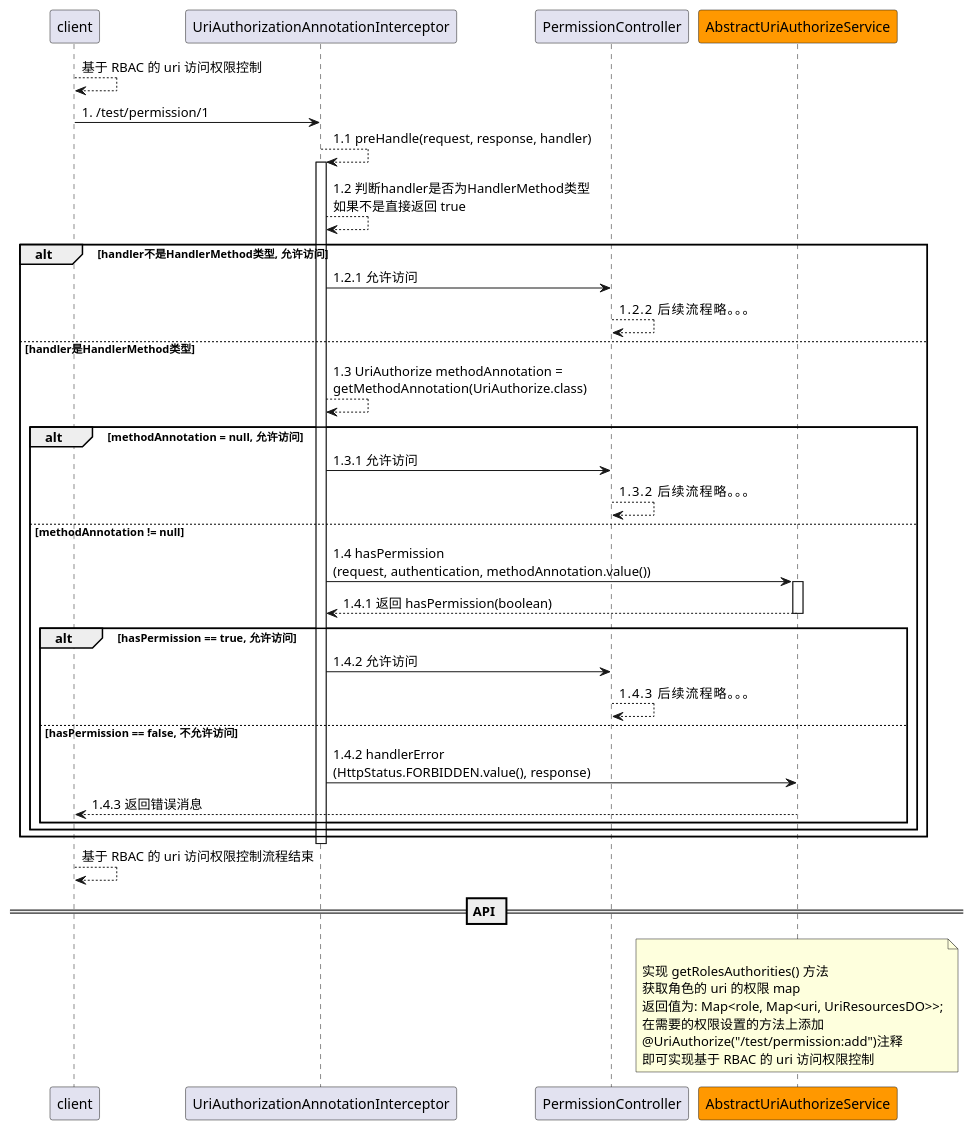
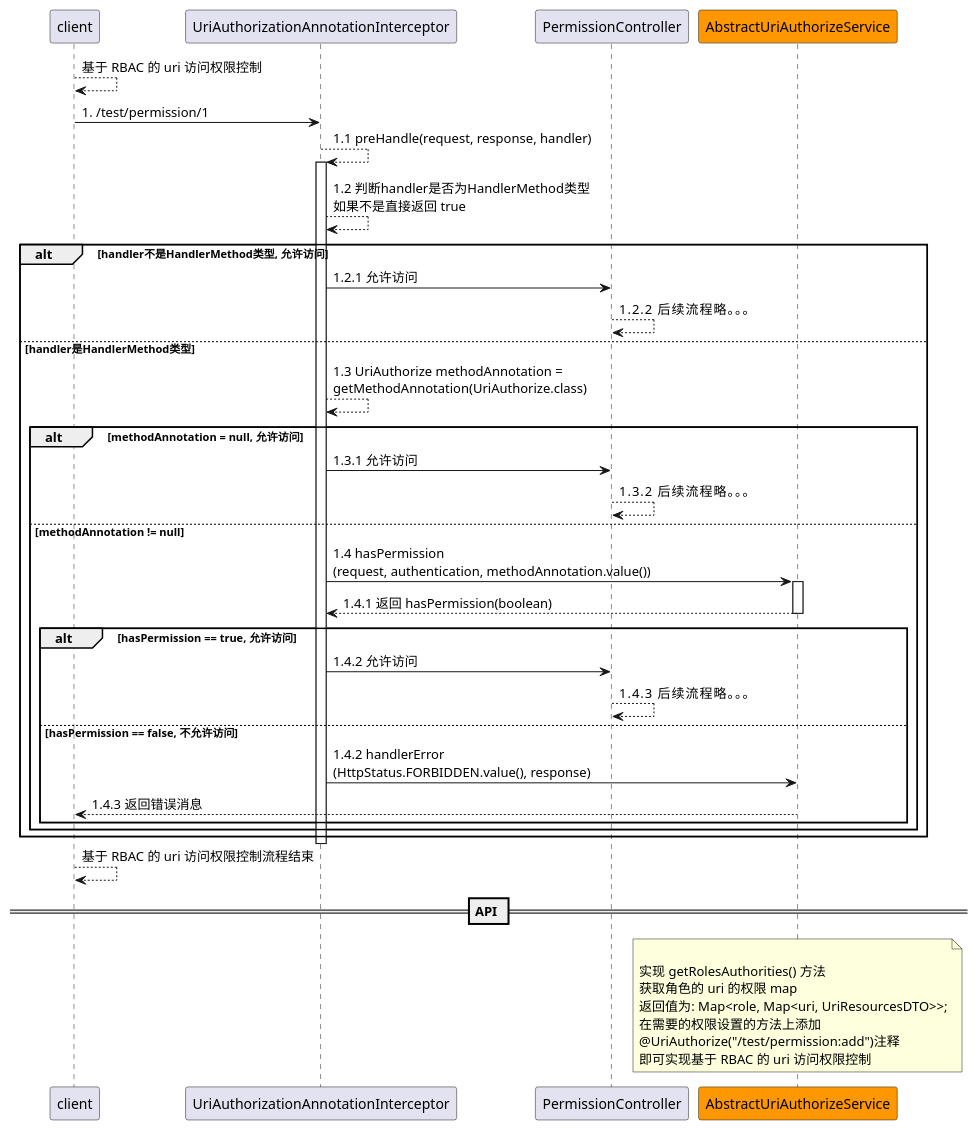
Before and after one commit to ZeroOrInfinity/UMS: the diagram in doc/puml/uriAuthorize.puml, drawn with PlantUML. The commit also changed 7 other files, not shown here.

```diff
--- a/doc/puml/uriAuthorize.puml
+++ b/doc/puml/uriAuthorize.puml
@@ -1,50 +1,50 @@
 @startuml
 
 client --> client: 基于 RBAC 的 uri 访问权限控制
 
 client -> UriAuthorizationAnnotationInterceptor: 1. /test/permission/1
 UriAuthorizationAnnotationInterceptor --> UriAuthorizationAnnotationInterceptor: 1.1 preHandle(request, response, handler)
 activate UriAuthorizationAnnotationInterceptor
 UriAuthorizationAnnotationInterceptor --> UriAuthorizationAnnotationInterceptor: 1.2 判断handler是否为HandlerMethod类型\n\
 如果不是直接返回 true
 alt handler不是HandlerMethod类型, 允许访问
 UriAuthorizationAnnotationInterceptor -> PermissionController: 1.2.1 允许访问
 PermissionController --> PermissionController: 1.2.2 后续流程略。。。
 else handler是HandlerMethod类型
 UriAuthorizationAnnotationInterceptor --> UriAuthorizationAnnotationInterceptor: 1.3 UriAuthorize methodAnnotation =\n\
 getMethodAnnotation(UriAuthorize.class)
 alt methodAnnotation = null, 允许访问
 UriAuthorizationAnnotationInterceptor -> PermissionController: 1.3.1 允许访问
 PermissionController --> PermissionController: 1.3.2 后续流程略。。。
 else methodAnnotation != null
 participant AbstractUriAuthorizeService #ff9800
 UriAuthorizationAnnotationInterceptor -> AbstractUriAuthorizeService: 1.4 hasPermission\n\
 (request, authentication, methodAnnotation.value())
 activate AbstractUriAuthorizeService
 AbstractUriAuthorizeService --> UriAuthorizationAnnotationInterceptor: 1.4.1 返回 hasPermission(boolean)
 deactivate AbstractUriAuthorizeService
 alt hasPermission == true, 允许访问
 UriAuthorizationAnnotationInterceptor -> PermissionController: 1.4.2 允许访问
 PermissionController --> PermissionController: 1.4.3 后续流程略。。。
 else hasPermission == false, 不允许访问
 UriAuthorizationAnnotationInterceptor -> AbstractUriAuthorizeService: 1.4.2 handlerError\n\
 (HttpStatus.FORBIDDEN.value(), response)
 AbstractUriAuthorizeService --> client: 1.4.3 返回错误消息
 end
 end
 end
 
 deactivate UriAuthorizationAnnotationInterceptor
 
 client --> client: 基于 RBAC 的 uri 访问权限控制流程结束
 
 == API ==
 note over AbstractUriAuthorizeService: \n\
 实现 getRolesAuthorities() 方法\n\
 获取角色的 uri 的权限 map\n\
-返回值为: Map<role, Map<uri, UriResourcesDO>>;\n\
+返回值为: Map<role, Map<uri, UriResourcesDTO>>;\n\
 在需要的权限设置的方法上添加\n\
 @UriAuthorize("/test/permission:add")注释\n\
 即可实现基于 RBAC 的 uri 访问权限控制
 
 @enduml
```
